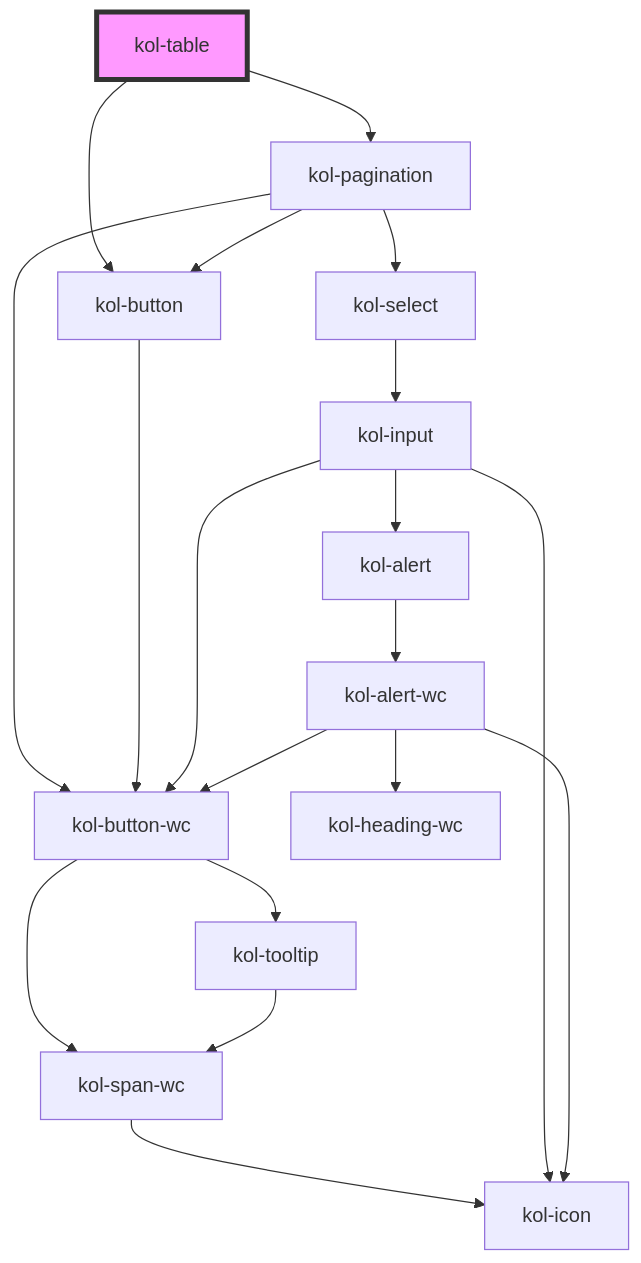
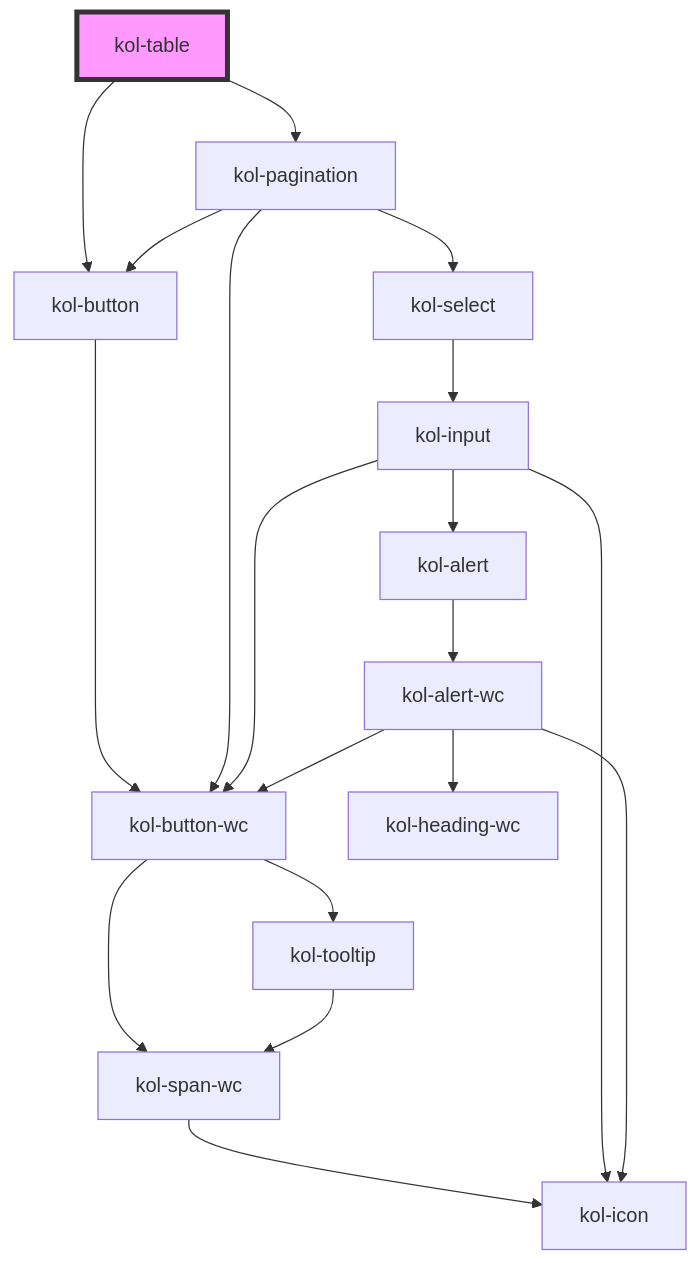
The diagram in packages/components/src/components/table/readme.md (public-ui/kolibri), drawn with Mermaid before and after one commit. The commit also changed other lines of this file and 24 other files, not shown here.

````diff
--- a/packages/components/src/components/table/readme.md
+++ b/packages/components/src/components/table/readme.md
@@ -141,22 +142,22 @@
 ```mermaid
 graph TD;
+  kol-table --> kol-button
   kol-table --> kol-pagination
-  kol-table --> kol-button
-  kol-pagination --> kol-button
-  kol-pagination --> kol-select
-  kol-pagination --> kol-button-wc
   kol-button --> kol-button-wc
   kol-button-wc --> kol-span-wc
   kol-button-wc --> kol-tooltip
   kol-span-wc --> kol-icon
   kol-tooltip --> kol-span-wc
+  kol-pagination --> kol-button
+  kol-pagination --> kol-select
+  kol-pagination --> kol-button-wc
   kol-select --> kol-input
   kol-input --> kol-icon
   kol-input --> kol-button-wc
   kol-input --> kol-alert
   kol-alert --> kol-alert-wc
   kol-alert-wc --> kol-heading-wc
   kol-alert-wc --> kol-button-wc
   kol-alert-wc --> kol-icon
   style kol-table fill:#f9f,stroke:#333,stroke-width:4px
 ```
````
